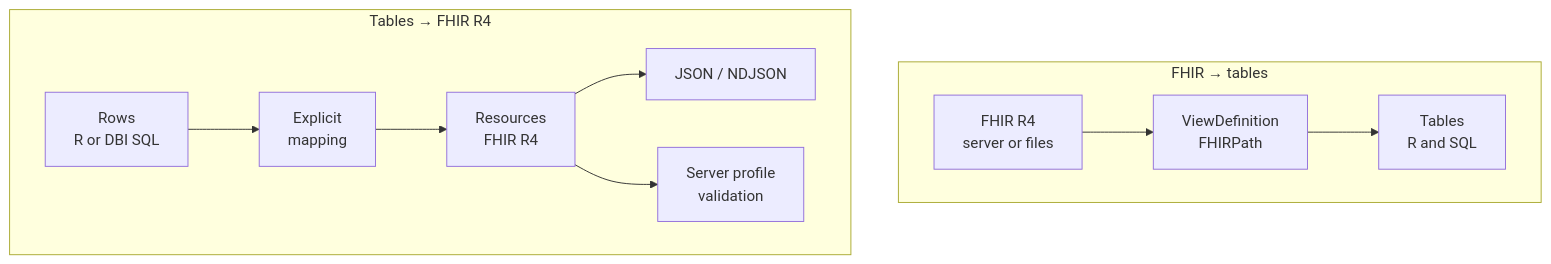
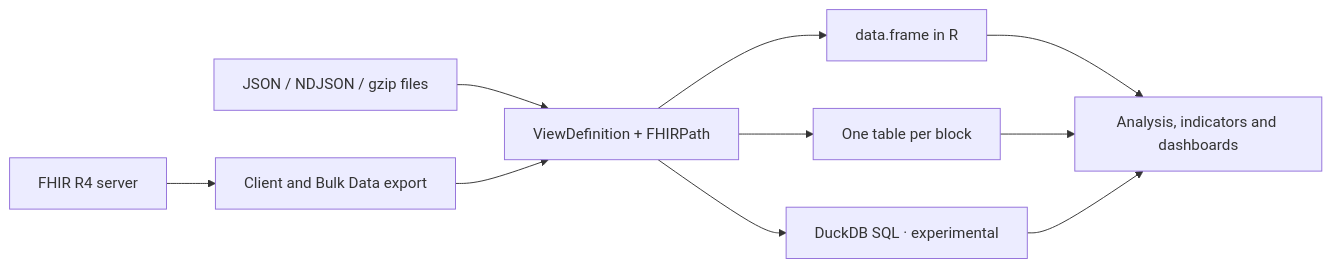
One commit to f-slg/fhirviews changed the first of 9 diagrams in README.en.md. Above: the diagram before and after it, drawn with Mermaid. The commit also changed other lines of this file and 75 other files, not shown here.

````diff
--- a/README.en.md
+++ b/README.en.md
@@ -51,17 +115,12 @@
 ``` mermaid
-flowchart TB
-    accTitle: fhirviews workflows with FHIR R4
-    accDescr: A view projects FHIR resources into tables. A separate explicit mapping builds R4 resources from rows, preserves decimal scale and supports server profile validation.
-    subgraph READ["FHIR → tables"]
-        direction LR
-        FHIR["FHIR R4<br/>server or files"] --> VIEW["ViewDefinition<br/>FHIRPath"]
-        VIEW --> TABLE["Tables<br/>R and SQL"]
-    end
-    subgraph BUILD["Tables → FHIR R4"]
-        direction LR
-        ROWS["Rows<br/>R or DBI SQL"] --> MAP["Explicit<br/>mapping"]
-        MAP --> R4["Resources<br/>FHIR R4"]
-        R4 --> OUT["JSON / NDJSON"]
-        R4 --> PROFILE["Server profile<br/>validation"]
-    end
+flowchart LR
+    A["JSON / NDJSON / gzip files"] --> V["ViewDefinition + FHIRPath"]
+    B["FHIR R4 server"] --> C["Client and Bulk Data export"]
+    C --> V
+    V --> D["data.frame in R"]
+    V --> E["One table per block"]
+    V --> F["DuckDB SQL · experimental"]
+    D --> G["Analysis, indicators and dashboards"]
+    E --> G
+    F --> G
 ```
````
